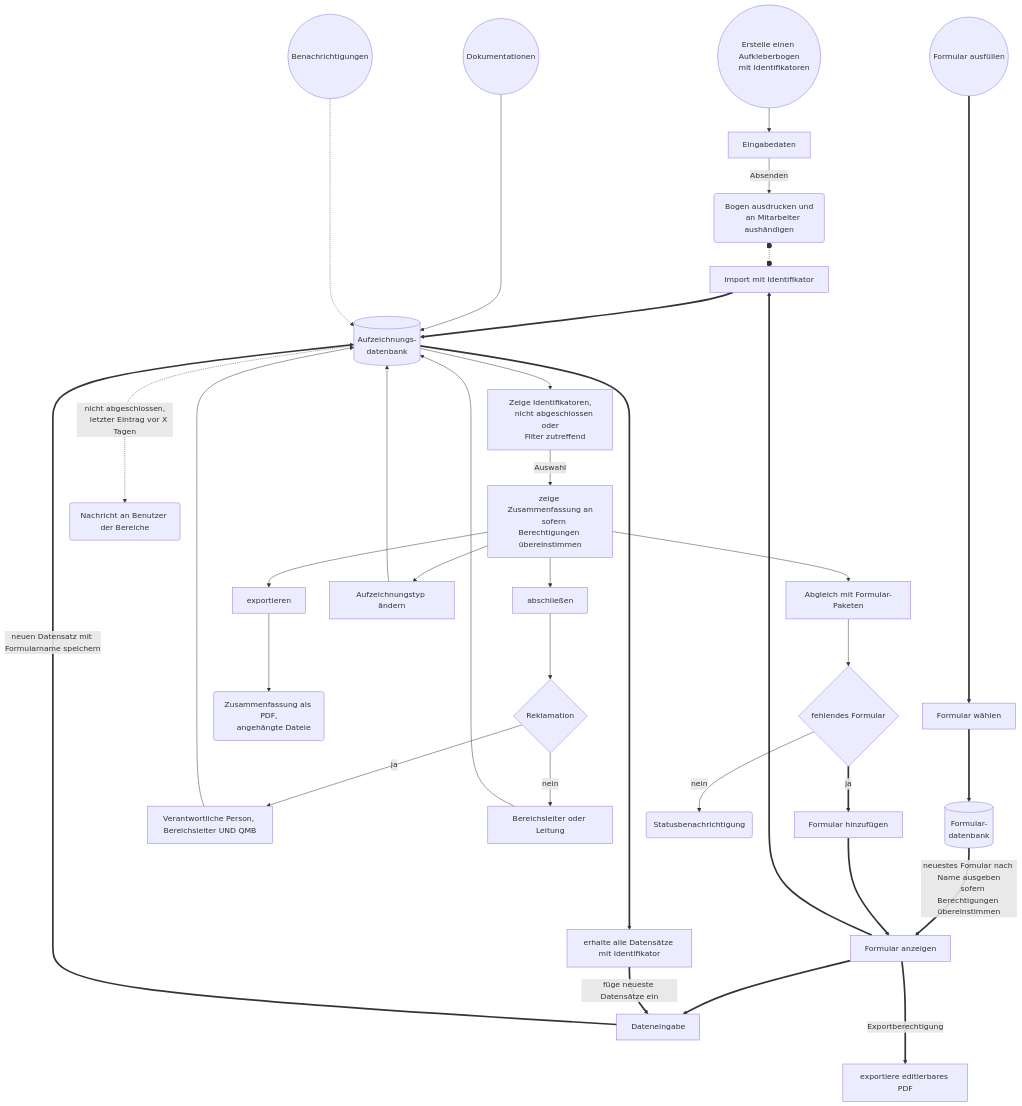
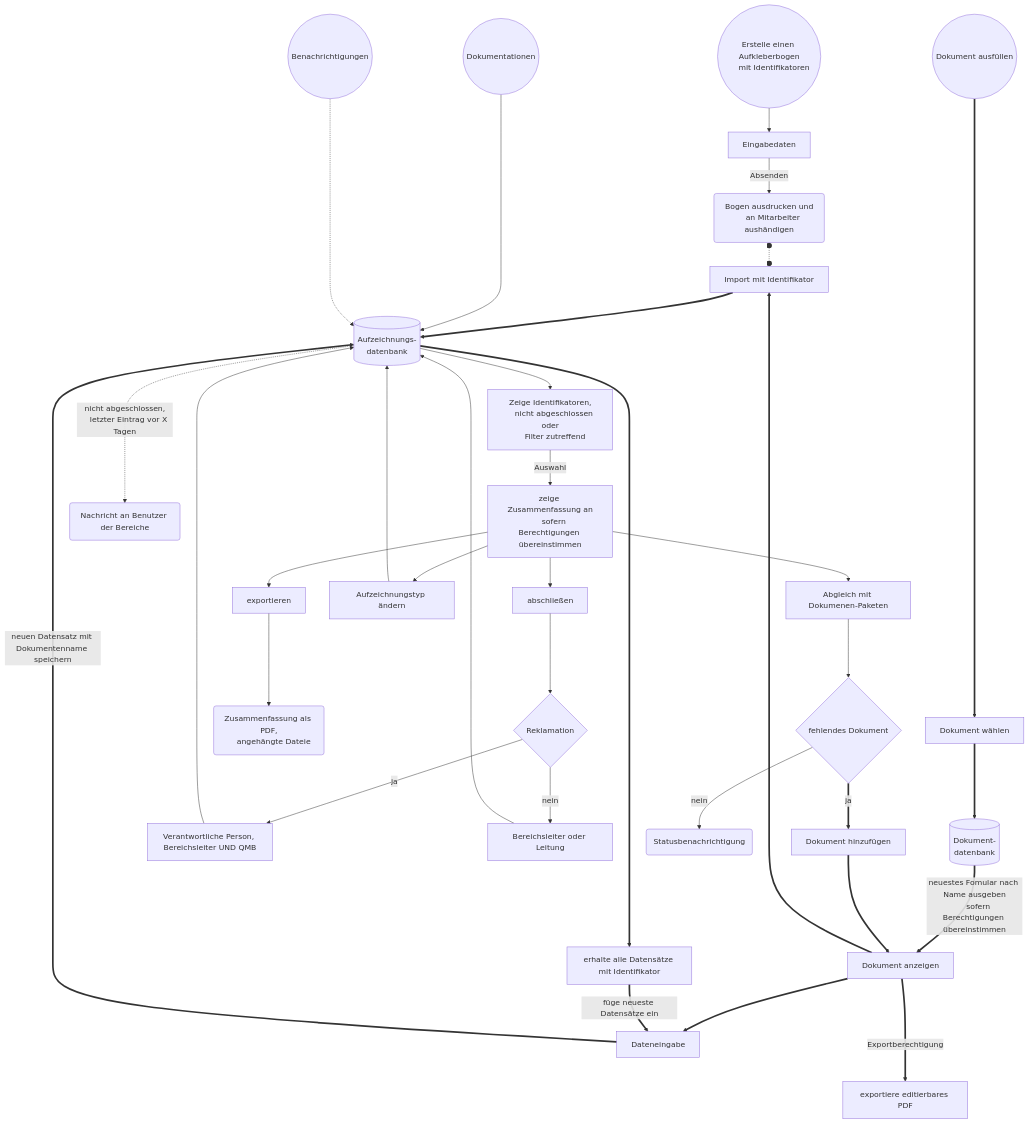
Before and after one commit to erroronline1/caro: the fourth of 7 diagrams in readme.de.md, drawn with Mermaid. The commit also changed other lines of this file and 29 other files, not shown here.

Commit message:
changes form to document for a consistent regulatory language, hope i didn't mess up too much

````diff
--- a/readme.de.md
+++ b/readme.de.md
@@ -480,52 +481,52 @@
 ```mermaid
 graph TD;
     identifiersheet(("Erstelle einen Aufkleberbogen
     mit Identifikatoren"));
     identifiersheet-->input[Eingabedaten];
     input-->|Absenden|print("Bogen ausdrucken und
     an Mitarbeiter aushändigen");
 
-    fillform((Formular ausfüllen))=========>selectform[Formular wählen];
-    selectform==>form_db[("Formular-
+    filldocument((Dokument ausfüllen))=========>selectdocument[Dokument wählen];
+    selectdocument==>document_db[("Dokument-
     datenbank")];
-    form_db==>|"neuestes Fomular nach Name ausgeben
-    sofern Berechtigungen übereinstimmen"|displayform[Formular anzeigen];
-    displayform==>inputdata[Dateneingabe];
-    inputdata==>|"neuen Datensatz mit Formularname speichern"|record_db[("Aufzeichnungs-
+    document_db==>|"neuestes Fomular nach Name ausgeben
+    sofern Berechtigungen übereinstimmen"|displaydocument[Dokument anzeigen];
+    displaydocument==>inputdata[Dateneingabe];
+    inputdata==>|"neuen Datensatz mit Dokumentenname speichern"|record_db[("Aufzeichnungs-
     datenbank")];
 
-    displayform==>idimport[Import mit Identifikator];
+    displaydocument==>idimport[Import mit Identifikator];
     idimport==>record_db;
     record_db==>selectbyid[erhalte alle Datensätze mit Identifikator];
     selectbyid==>|füge neueste Datensätze ein|inputdata;
-    displayform===>|Exportberechtigung|exportform[exportiere editierbares PDF]
+    displaydocument===>|Exportberechtigung|exportdocument[exportiere editierbares PDF]
 
     print o-.-o idimport;
 
     summaries(("Dokumentationen"))----->record_db;
     record_db-->displayids["Zeige Identifikatoren,
     nicht abgeschlossen oder
     Filter zutreffend"];
     displayids-->|Auswahl|summary["zeige Zusammenfassung an
     sofern Berechtigungen übereinstimmen"];
     summary-->close[abschließen];
     close-->complaint{Reklamation};
     complaint-->|ja|complaintclose[Verantwortliche Person, Bereichsleiter UND QMB];
     complaintclose-->record_db;
     complaint-->|nein|nocomplaintclose[Bereichsleiter oder Leitung];
     nocomplaintclose-->record_db;
     summary-->export[exportieren];
     export-->pdf("Zusammenfassung als PDF,
     angehängte Dateie");
-    summary-->matchbundles[Abgleich mit Formular-Paketen];
-    matchbundles-->missing{fehlendes Formular};
-    missing==>|ja|appenddata[Formular hinzufügen];
-    appenddata==>displayform;
+    summary-->matchbundles[Abgleich mit Dokumenen-Paketen];
+    matchbundles-->missing{fehlendes Dokument};
+    missing==>|ja|appenddata[Dokument hinzufügen];
+    appenddata==>displaydocument;
     missing-->|nein|nonemissing(Statusbenachrichtigung);
     summary-->retype[Aufzeichnungstyp ändern];
     retype-->record_db;
 
     notification((Benachrichtigungen))-....->record_db;
     record_db-..->|"nicht abgeschlossen,
     letzter Eintrag vor X Tagen"|message(Nachricht an Benutzer der Bereiche);
 ```
````
